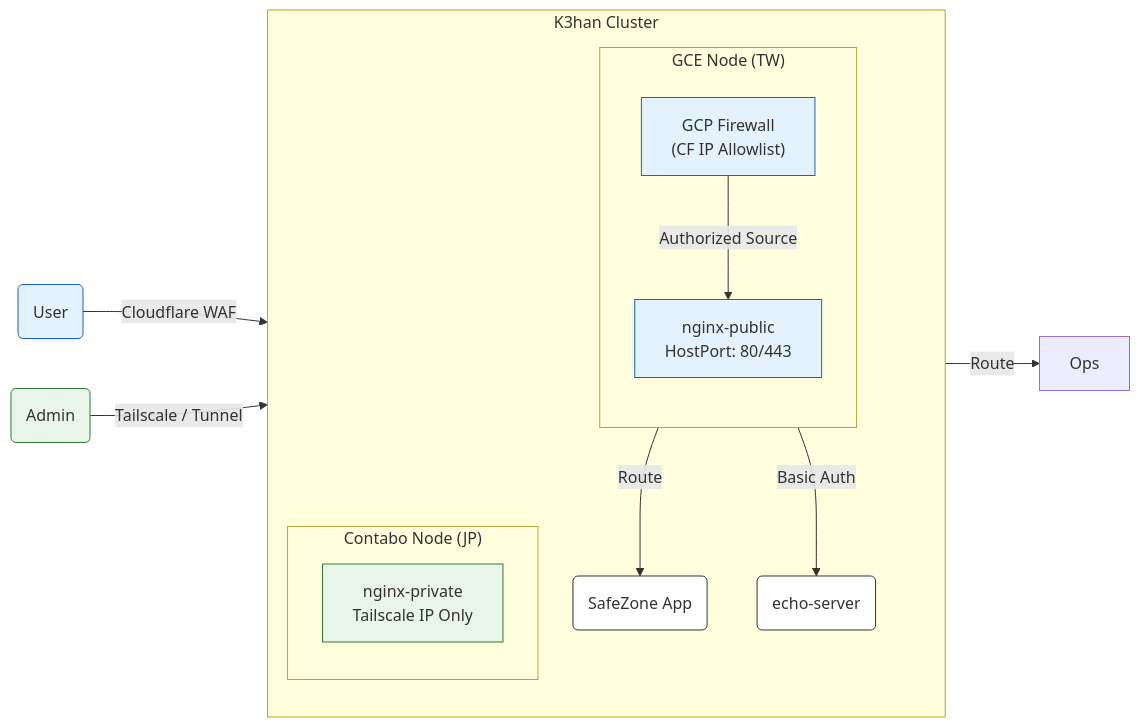
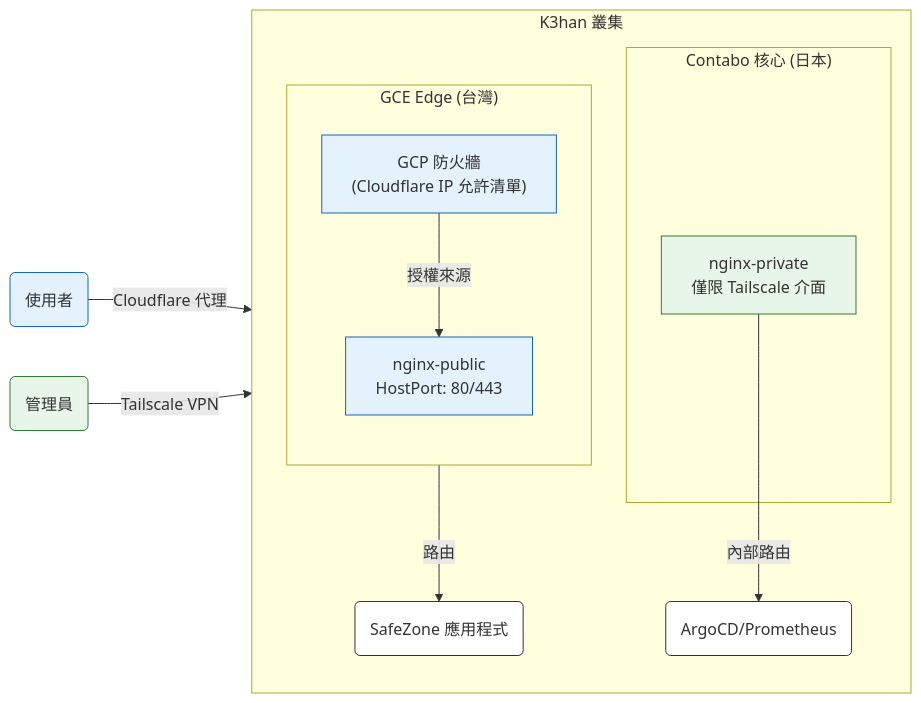
The diagram in docs/zh/safechord.chorde.k3han.ingress.md (SafeChord/Docs), drawn with Mermaid before and after one commit. The commit also changed other lines of this file and 27 other files, not shown here.

````diff
--- a/docs/zh/safechord.chorde.k3han.ingress.md
+++ b/docs/zh/safechord.chorde.k3han.ingress.md
@@ -51,35 +15,34 @@
 ```mermaid
 graph LR
     %% 樣式
     classDef public fill:#e3f2fd,stroke:#1565c0;
     classDef private fill:#e8f5e9,stroke:#2e7d32;
     classDef k8s fill:#fff,stroke:#333;
 
-    User(User):::public
-    Admin(Admin):::private
+    User(使用者):::public
+    Admin(管理員):::private
     
-    subgraph K3han [K3han Cluster]
+    subgraph K3han [K3han 叢集]
         direction TB
         
-        subgraph Agent ["GCE Node (TW)"]
+        subgraph Agent ["GCE Edge (台灣)"]
             direction TB
-            GCP_FW["GCP Firewall<br/>(CF IP Allowlist)"]:::public
+            GCP_FW["GCP 防火牆<br/>(Cloudflare IP 允許清單)"]:::public
             PubIng["nginx-public<br/>HostPort: 80/443"]:::public
         end
 
-        subgraph Master ["Contabo Node (JP)"]
-            PrivIng["nginx-private<br/>Tailscale IP Only"]:::private
+        subgraph Master ["Contabo 核心 (日本)"]
+            PrivIng["nginx-private<br/>僅限 Tailscale 介面"]:::private
         end
         
-        App(SafeZone App):::k8s
-        Test(echo-server):::k8s
+        App(SafeZone 應用程式):::k8s
+        Ops(ArgoCD/Prometheus):::k8s
     end
 
-    User -->|"Cloudflare WAF"| GCP_FW
-    GCP_FW -->|"Authorized Source"| PubIng
-    PubIng -->|"Route"| App
-    PubIng -->|"Basic Auth"| Test
+    User -->|"Cloudflare 代理"| GCP_FW
+    GCP_FW -->|"授權來源"| PubIng
+    PubIng -->|"路由"| App
     
-    Admin -->|"Tailscale / Tunnel"| PrivIng
-    PrivIng -->|"Route"| Ops
+    Admin -->|"Tailscale VPN"| PrivIng
+    PrivIng -->|"內部路由"| Ops
 ```
````
